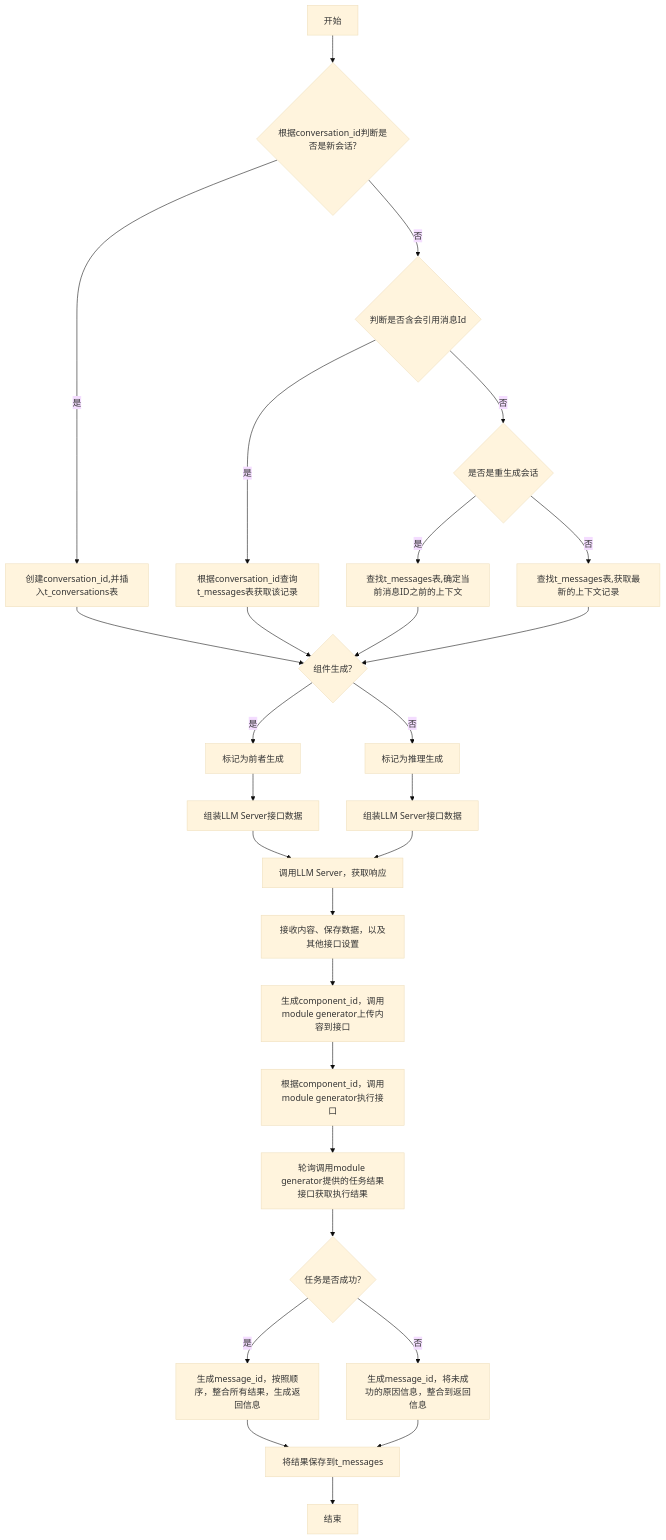
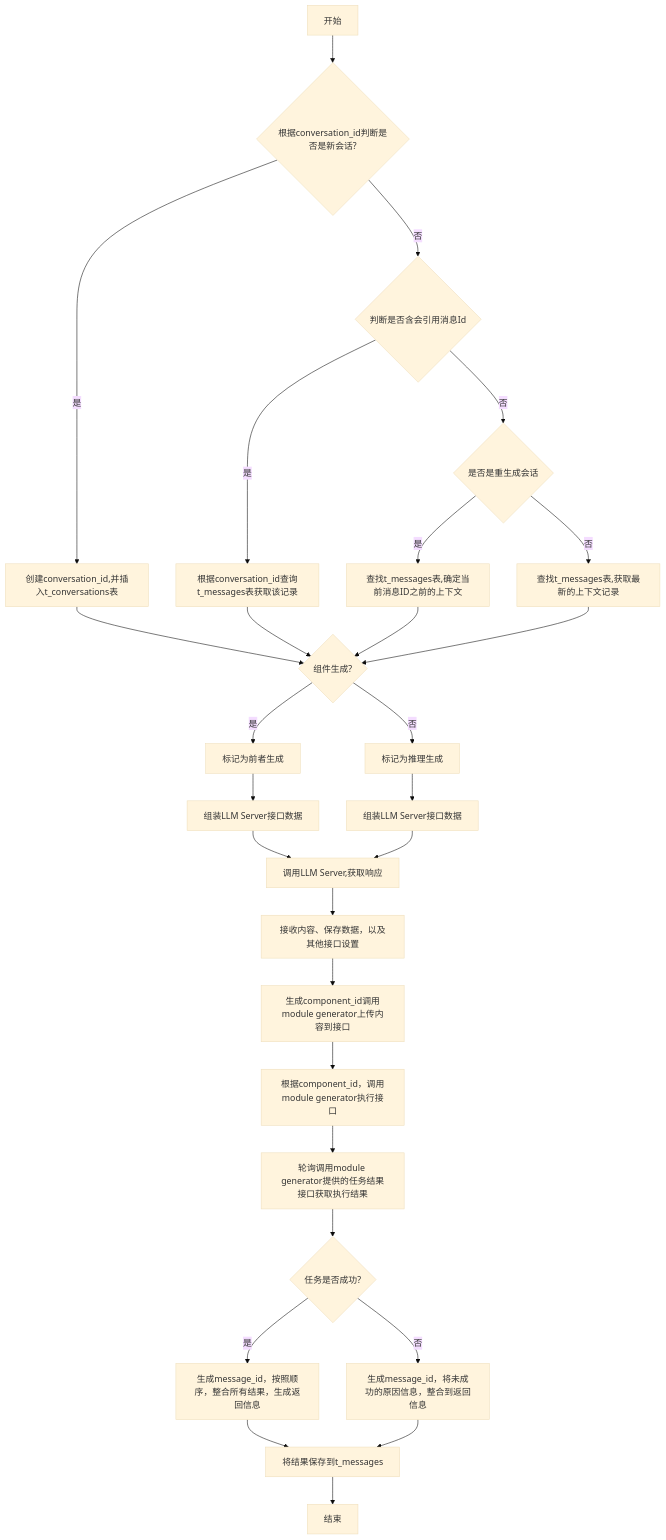
One commit to yingjianzh/iodraw-files changed the diagram in all/未命名-7.md. Above: the diagram before and after it, drawn with Mermaid (base theme).

Commit message:
2024-10-12 14:19:48 update

````diff
--- a/all/未命名-7.md
+++ b/all/未命名-7.md
@@ -1,31 +1,31 @@
 ```mermaid
 flowchart TD
     A[开始] --> B{根据conversation_id判断是否是新会话?}
     B -- 是 --> C[创建conversation_id,并插入t_conversations表]
     B -- 否 --> D{判断是否含会引用消息Id}
     D -- 是 --> E[根据conversation_id查询t_messages表获取该记录]
     D -- 否 --> F{是否是重生成会话}
     F -- 是 --> G[查找t_messages表,确定当前消息ID之前的上下文]
     F -- 否 --> H[查找t_messages表,获取最新的上下文记录]
 
     C & E & G & H --> I{组件生成?}
     I -- 是 --> J[标记为前者生成]
     I -- 否 --> K[标记为推理生成]
 
     J --> L[组装LLM Server接口数据]
     K --> M[组装LLM Server接口数据]
-    L & M --> N[调用LLM Server，获取响应]
+    L & M --> N[调用LLM Server,获取响应]
     N --> O[接收内容、保存数据，以及其他接口设置]
 
-    O --> P[生成component_id，调用module generator上传内容到接口]
+    O --> P[生成component_id调用module generator上传内容到接口]
     P --> Q[根据component_id，调用module generator执行接口]
     Q --> R[轮询调用module generator提供的任务结果接口获取执行结果]
 
     R --> S{任务是否成功?}
     S -- 是 --> T[生成message_id，按照顺序，整合所有结果，生成返回信息]
     S -- 否 --> U[生成message_id，将未成功的原因信息，整合到返回信息]
 
     T & U --> V[将结果保存到t_messages]
     V --> W[结束]
 
 ```
````
